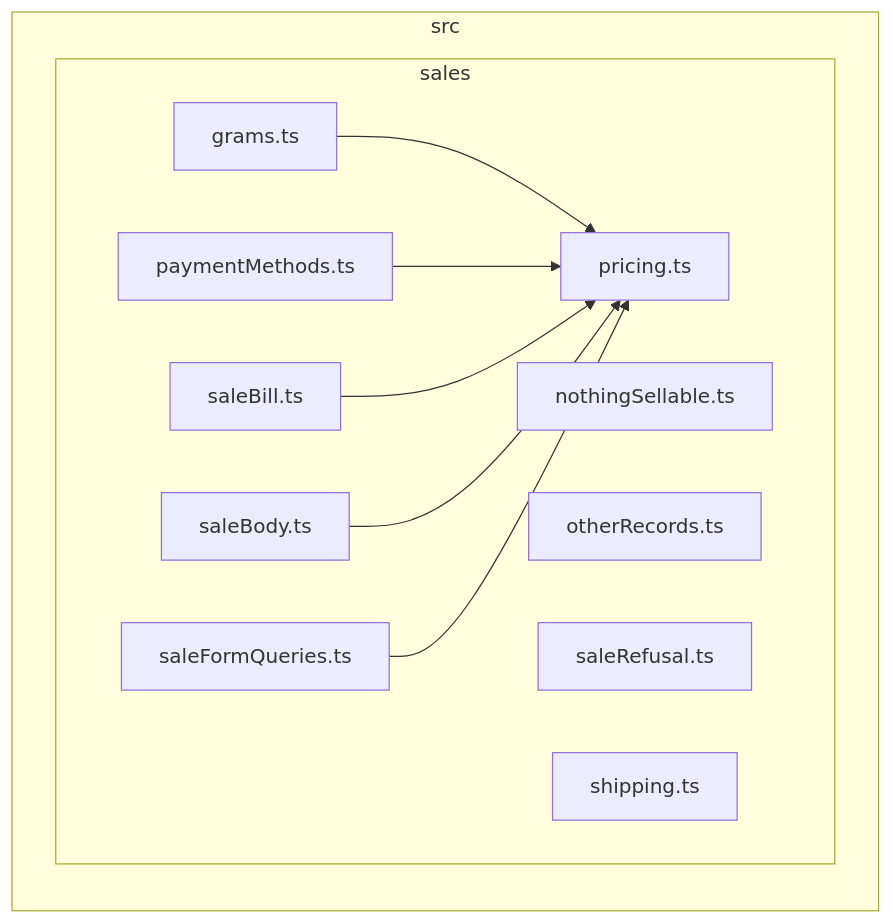
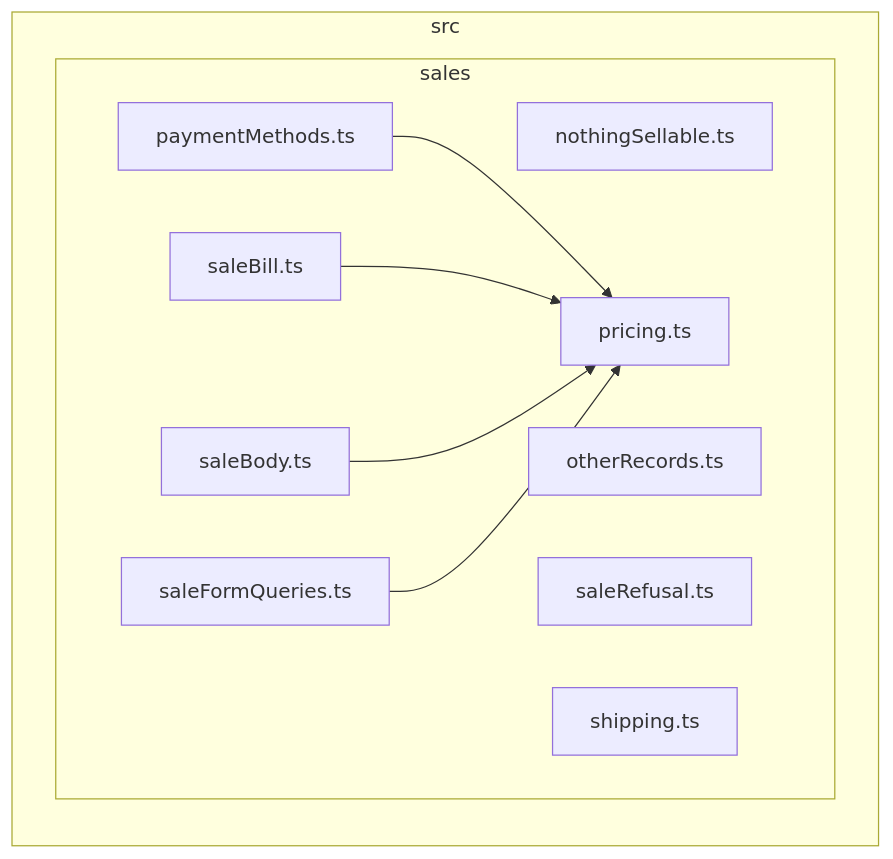
The diagram in docs/architecture/generated/front-modules/sales.md (GonzaloZevallos/apostrophe), drawn with Mermaid before and after one commit. The commit also changed 1 other file, not shown here.

Commit message:
chore(docs): regenerate [skip ci]

````diff
--- a/docs/architecture/generated/front-modules/sales.md
+++ b/docs/architecture/generated/front-modules/sales.md
@@ -7,22 +7,20 @@
 ```mermaid
 flowchart LR
 subgraph src["src"]
   subgraph src_sales["sales"]
-    src_sales_grams_ts["grams.ts"]
     src_sales_nothingSellable_ts["nothingSellable.ts"]
     src_sales_otherRecords_ts["otherRecords.ts"]
     src_sales_paymentMethods_ts["paymentMethods.ts"]
     src_sales_pricing_ts["pricing.ts"]
     src_sales_saleBill_ts["saleBill.ts"]
     src_sales_saleBody_ts["saleBody.ts"]
     src_sales_saleFormQueries_ts["saleFormQueries.ts"]
     src_sales_saleRefusal_ts["saleRefusal.ts"]
     src_sales_shipping_ts["shipping.ts"]
   end
 end
-src_sales_grams_ts-->src_sales_pricing_ts
 src_sales_paymentMethods_ts-->src_sales_pricing_ts
 src_sales_saleBill_ts-->src_sales_pricing_ts
 src_sales_saleBody_ts-->src_sales_pricing_ts
 src_sales_saleFormQueries_ts-->src_sales_pricing_ts
 ```
````
